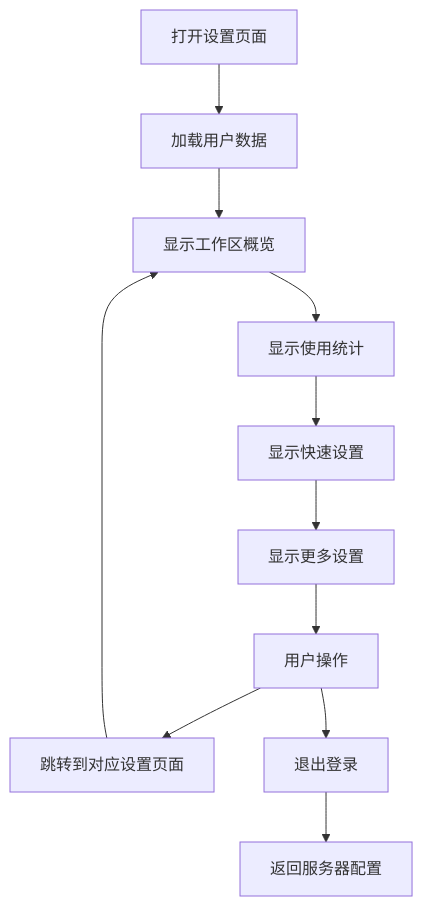
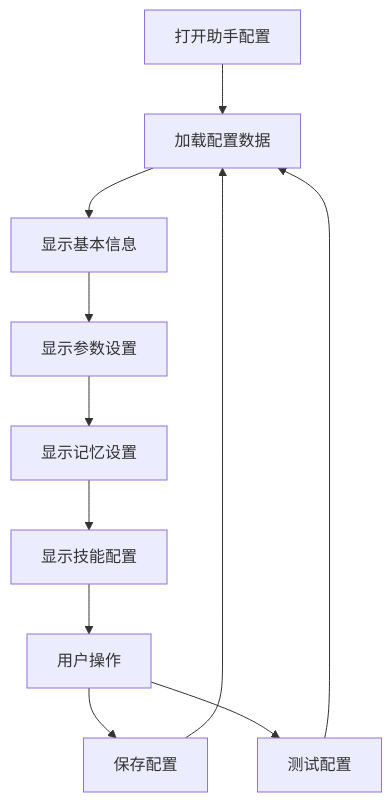
Before and after one commit to AvatoLabs/avato: the seventh of 10 diagrams in .qoder/repowiki/zh/content/Mobile Navigation System.md, drawn with Mermaid. The commit also changed other lines of this file and 158 other files, not shown here.

````diff
--- a/.qoder/repowiki/zh/content/Mobile Navigation System.md
+++ b/.qoder/repowiki/zh/content/Mobile Navigation System.md
@@ -354,13 +402,13 @@
 ```mermaid
 flowchart TD
-Start[打开设置页面] --> LoadData[加载用户数据]
-LoadData --> DisplayOverview[显示工作区概览]
-DisplayOverview --> DisplayStats[显示使用统计]
-DisplayStats --> DisplayQuickSettings[显示快速设置]
-DisplayQuickSettings --> DisplayMoreSettings[显示更多设置]
-DisplayMoreSettings --> UserAction[用户操作]
-UserAction --> NavigateTo[跳转到对应设置页面]
-UserAction --> Logout[退出登录]
-NavigateTo --> DisplayOverview
-Logout --> ServerConfig[返回服务器配置]
+Start[打开助手配置] --> LoadConfig[加载配置数据]
+LoadConfig --> DisplayBasic[显示基本信息]
+DisplayBasic --> DisplayParams[显示参数设置]
+DisplayParams --> DisplayMemory[显示记忆设置]
+DisplayMemory --> DisplaySkills[显示技能配置]
+DisplaySkills --> UserAction[用户操作]
+UserAction --> SaveConfig[保存配置]
+UserAction --> TestConfig[测试配置]
+SaveConfig --> LoadConfig
+TestConfig --> LoadConfig
 ```
````
